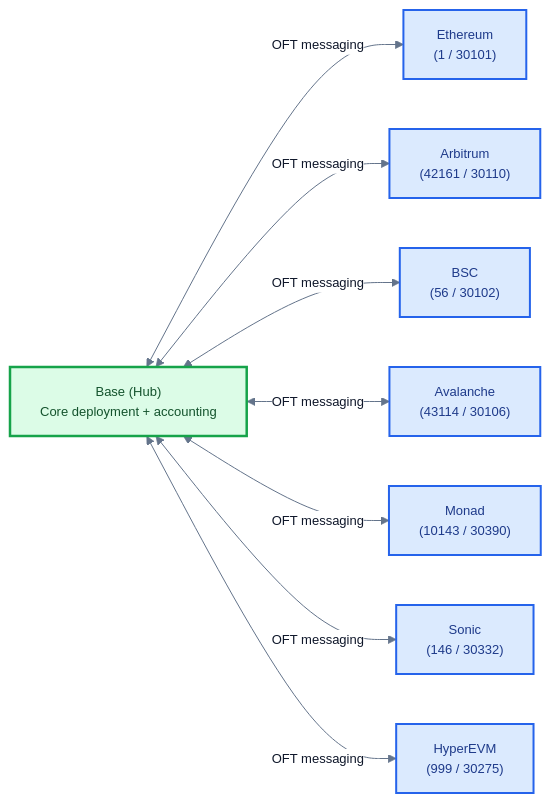
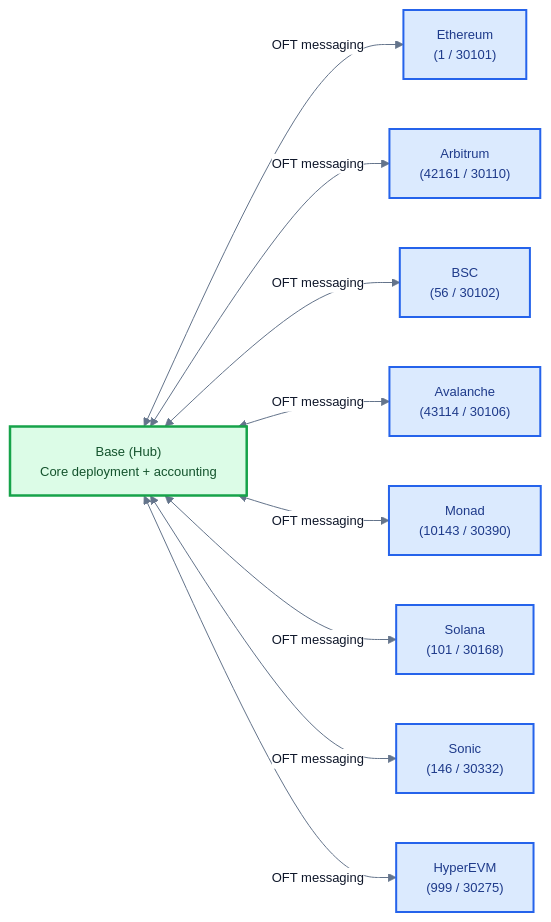
Before and after one commit to 4626fun/4626: the fourth of 4 diagrams in README.md, drawn with Mermaid. The commit also changed other lines of this file and 81 other files, not shown here.

````diff
--- a/README.md
+++ b/README.md
@@ -194,26 +194,28 @@
 ```mermaid
 %%{init: {"theme":"base","themeVariables":{"fontFamily":"Inter, ui-sans-serif, system-ui","fontSize":"13px","lineColor":"#64748B","primaryColor":"#FFFFFF","primaryTextColor":"#0F172A"}}}%%
 flowchart LR
   Base["Base (Hub)\nCore deployment + accounting"]
 
   Eth["Ethereum\n(1 / 30101)"]
   Arb["Arbitrum\n(42161 / 30110)"]
   BSC["BSC\n(56 / 30102)"]
   Avax["Avalanche\n(43114 / 30106)"]
   Monad["Monad\n(10143 / 30390)"]
+  Solana["Solana\n(101 / 30168)"]
   Sonic["Sonic\n(146 / 30332)"]
   Hyper["HyperEVM\n(999 / 30275)"]
 
   Base <--> |OFT messaging| Eth
   Base <--> |OFT messaging| Arb
   Base <--> |OFT messaging| BSC
   Base <--> |OFT messaging| Avax
   Base <--> |OFT messaging| Monad
+  Base <--> |OFT messaging| Solana
   Base <--> |OFT messaging| Sonic
   Base <--> |OFT messaging| Hyper
 
   classDef hub fill:#DCFCE7,stroke:#16A34A,stroke-width:2.5px,color:#14532D;
   classDef satellite fill:#DBEAFE,stroke:#2563EB,stroke-width:2px,color:#1E3A8A;
   class Base hub;
-  class Eth,Arb,BSC,Avax,Monad,Sonic,Hyper satellite;
+  class Eth,Arb,BSC,Avax,Monad,Solana,Sonic,Hyper satellite;
 ```
````
